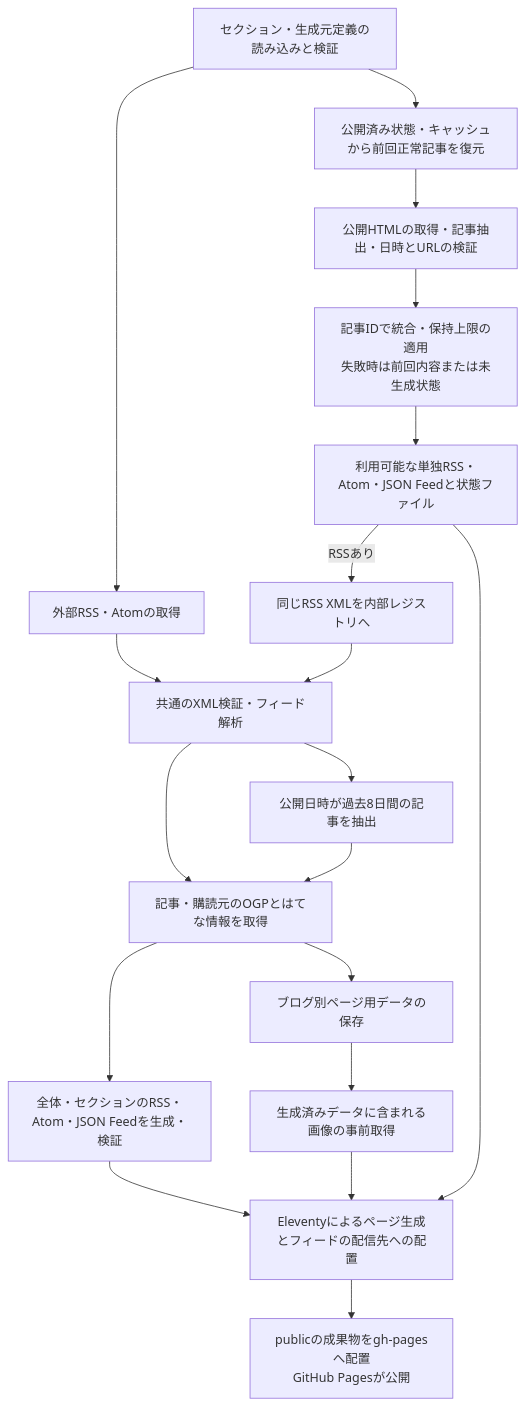
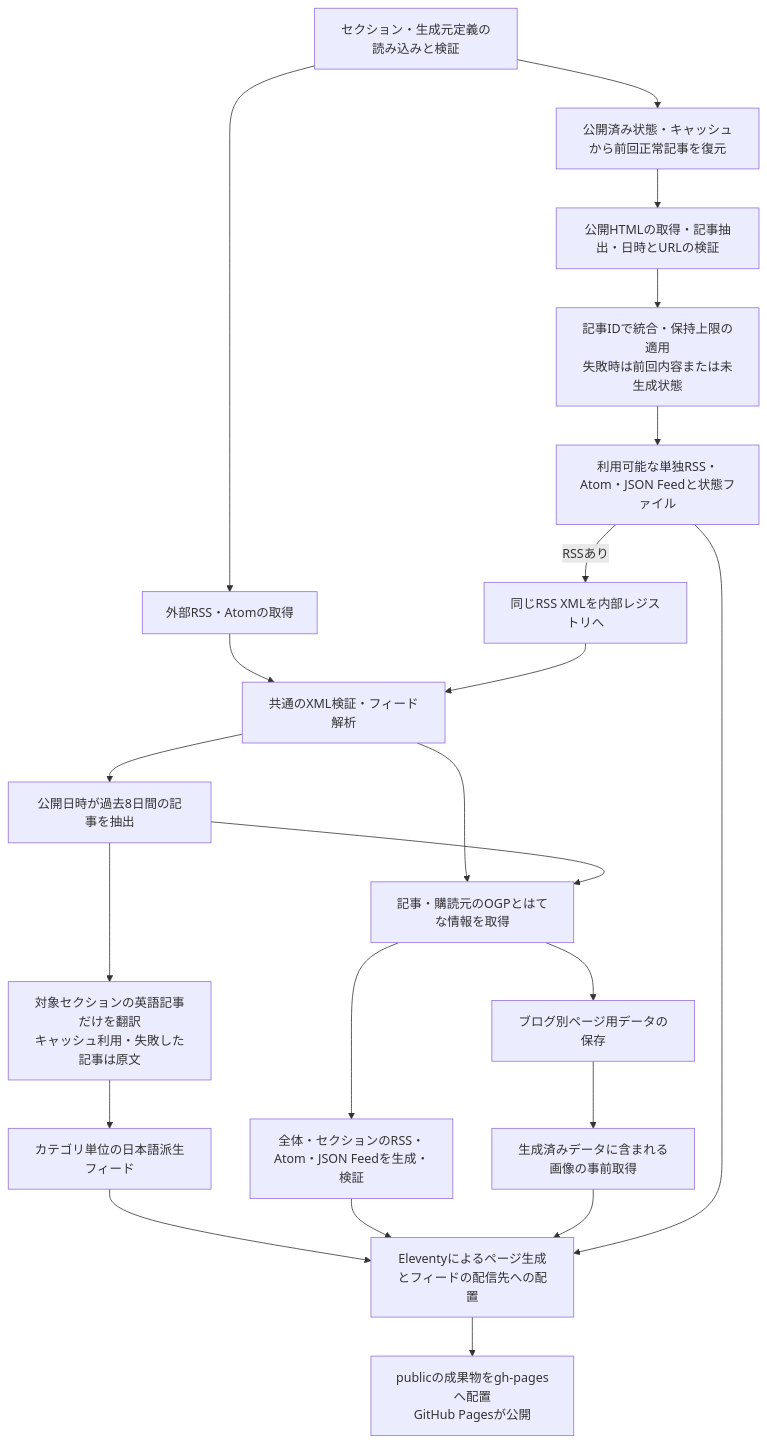
Before and after one commit to fuhitonakagawa/my-tech-blog-rss-feed: the diagram in README.md, drawn with Mermaid. The commit also changed other lines of this file and 79 other files, not shown here.

Commit message:
feat(translation): 🧩 add Argos-powered translated feed generation

````diff
--- a/README.md
+++ b/README.md
@@ -319,36 +401,41 @@
 ```mermaid
 flowchart TD
     definitions["セクション・生成元定義の読み込みと検証"]
     previous["公開済み状態・キャッシュから前回正常記事を復元"]
     html["公開HTMLの取得・記事抽出・日時とURLの検証"]
     state["記事IDで統合・保持上限の適用<br/>失敗時は前回内容または未生成状態"]
     generated["利用可能な単独RSS・Atom・JSON Feedと状態ファイル"]
     registry["同じRSS XMLを内部レジストリへ"]
     remote["外部RSS・Atomの取得"]
     parse["共通のXML検証・フィード解析"]
     recent["公開日時が過去8日間の記事を抽出"]
+    translation["対象セクションの英語記事だけを翻訳<br/>キャッシュ利用・失敗した記事は原文"]
+    translated["カテゴリ単位の日本語派生フィード"]
     metadata["記事・購読元のOGPとはてな情報を取得"]
     aggregated["全体・セクションのRSS・Atom・JSON Feedを生成・検証"]
     blog["ブログ別ページ用データの保存"]
     prepare["生成済みデータに含まれる画像の事前取得"]
     site["Eleventyによるページ生成とフィードの配信先への配置"]
     deploy["publicの成果物をgh-pagesへ配置<br/>GitHub Pagesが公開"]
     definitions --> previous
     previous --> html
     html --> state
     state --> generated
     generated -->|RSSあり| registry
     definitions --> remote
     remote --> parse
     registry --> parse
     parse --> recent
     parse --> metadata
     recent --> metadata
+    recent --> translation
+    translation --> translated
+    translated --> site
     metadata --> aggregated
     metadata --> blog
     blog --> prepare
     aggregated --> site
     prepare --> site
     generated --> site
     site --> deploy
 ```
````
